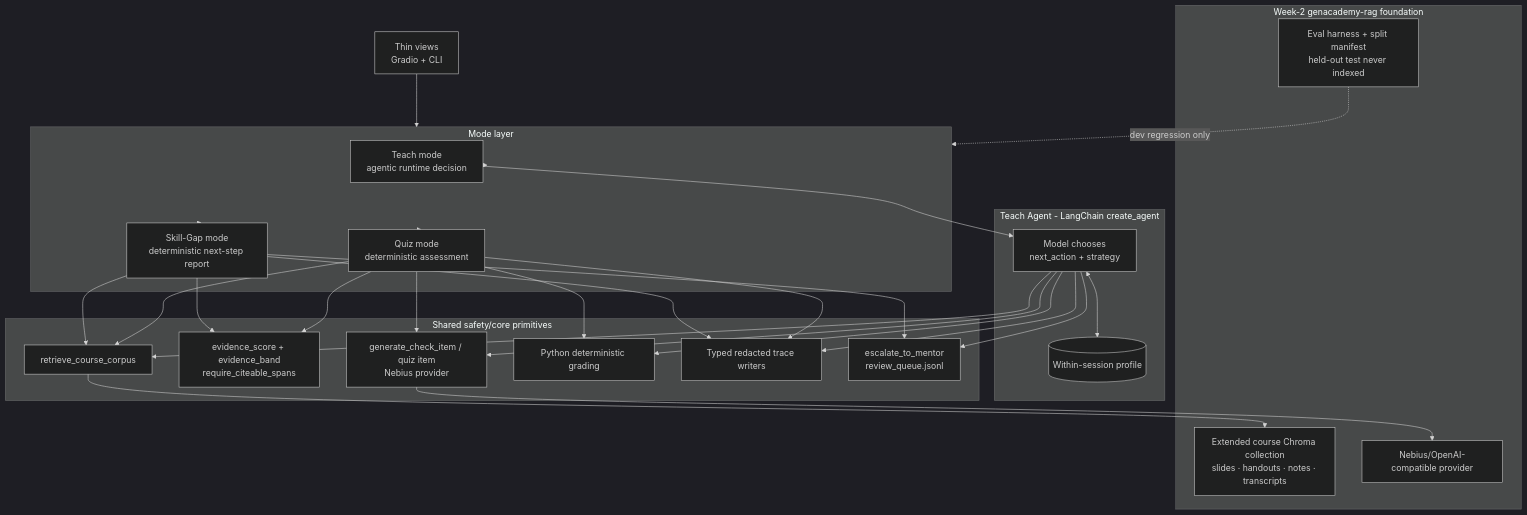
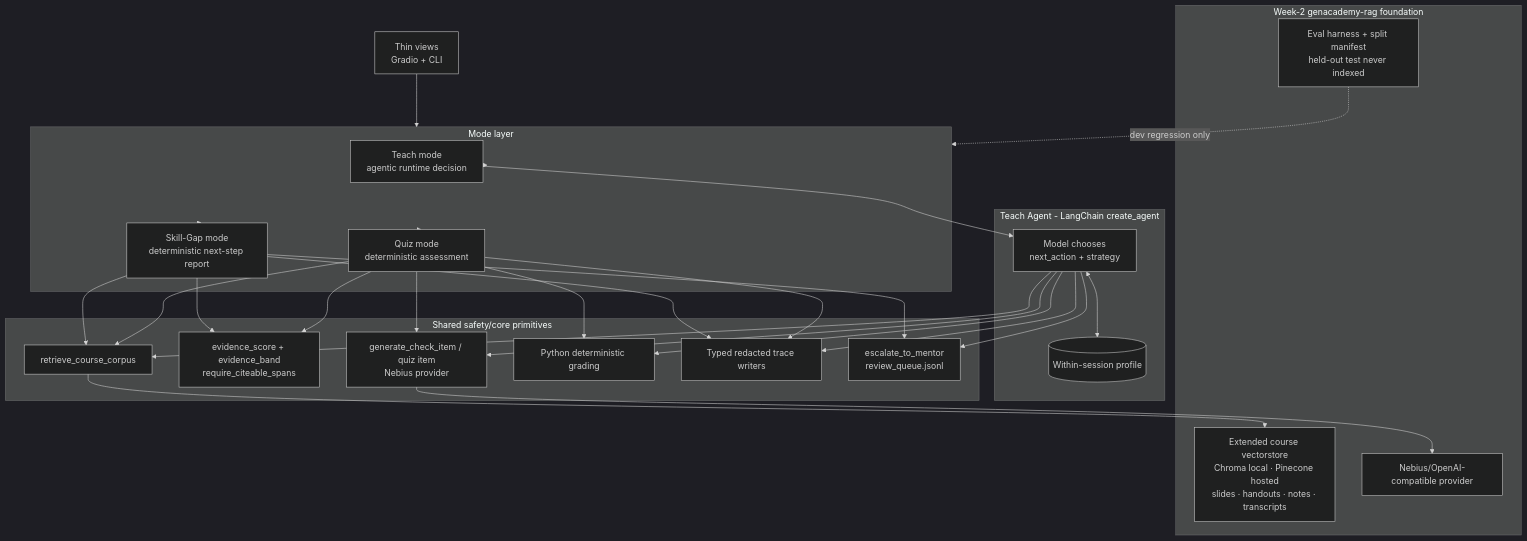
The second of 11 diagrams in docs/architecture-diagrams.md (manjunath84/genacademy-coach), drawn with Mermaid (dark theme) before and after one commit. The commit also changed other lines of this file and 15 other files, not shown here.

Commit message:
feat: reuse week2 vectorstore for pinecone deploy

````diff
--- a/docs/architecture-diagrams.md
+++ b/docs/architecture-diagrams.md
@@ -74,58 +74,58 @@
 ```mermaid
 flowchart TD
     UI["Thin views\nGradio + CLI"]
 
     subgraph Modes["Mode layer"]
         TeachMode["Teach mode\nagentic runtime decision"]
         QuizMode["Quiz mode\ndeterministic assessment"]
         SkillGapMode["Skill-Gap mode\ndeterministic next-step report"]
     end
 
     subgraph Agent["Teach Agent - LangChain create_agent"]
         Reason["Model chooses\nnext_action + strategy"]
         Profile[("Within-session profile")]
     end
 
     subgraph SharedCore["Shared safety/core primitives"]
         R["retrieve_course_corpus"]
         Ground["evidence_score + evidence_band\nrequire_citeable_spans"]
         Gen["generate_check_item / quiz item\nNebius provider"]
         Grade["Python deterministic grading"]
         Trace["Typed redacted trace writers"]
         Esc["escalate_to_mentor\nreview_queue.jsonl"]
     end
 
     subgraph Foundation["Week-2 genacademy-rag foundation"]
-        Corpus["Extended course Chroma collection\nslides · handouts · notes · transcripts"]
+        Corpus["Extended course vectorstore\nChroma local · Pinecone hosted\nslides · handouts · notes · transcripts"]
         Provider["Nebius/OpenAI-compatible provider"]
         Eval["Eval harness + split manifest\nheld-out test never indexed"]
     end
 
     UI --> Modes
     Modes --> TeachMode
     Modes --> QuizMode
     Modes --> SkillGapMode
 
     TeachMode --> Reason
     Reason <--> Profile
     Reason --> R
     Reason --> Gen
     Reason --> Grade
     Reason --> Trace
     Reason --> Esc
 
     QuizMode --> R
     QuizMode --> Ground
     QuizMode --> Gen
     QuizMode --> Grade
     QuizMode --> Trace
 
     SkillGapMode --> Trace
     SkillGapMode --> R
     SkillGapMode --> Ground
     SkillGapMode --> Esc
 
     R --> Corpus
     Gen --> Provider
     Eval -. dev regression only .-> Modes
 ```
````
